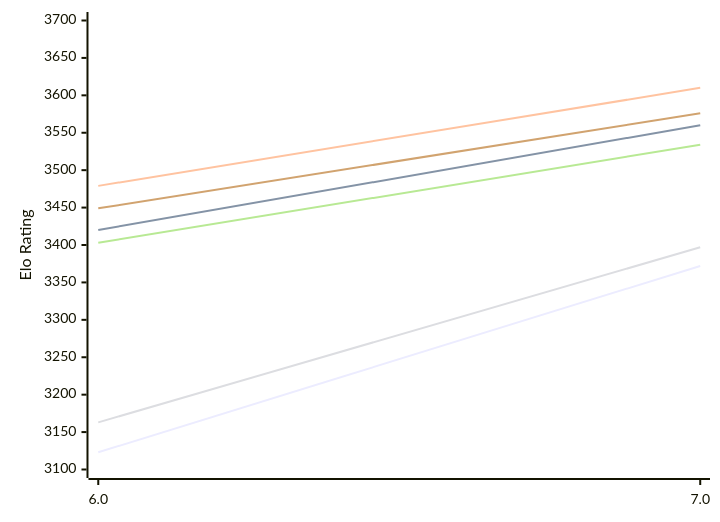
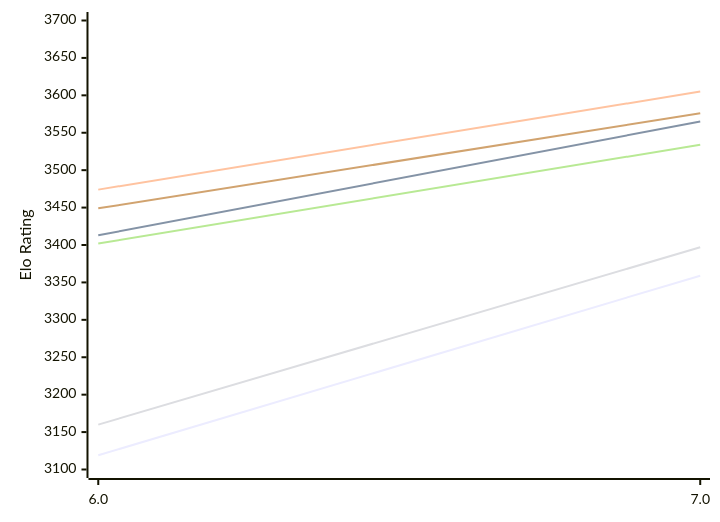
One commit to computer-chess-index/cci changed the first of 2 diagrams in engines/Devre.md. Above: the diagram before and after it, drawn with Mermaid. The commit also changed other lines of this file, not shown here.

Commit message:
Update CCI Ratings (ELO VLTC) - 2026-11-26

````diff
--- a/engines/Devre.md
+++ b/engines/Devre.md
@@ -50,12 +50,12 @@
 ```mermaid
 %%{init: {"theme":"base","themeVariables":{"seriesColors:['#a3a3a3','#222221','#faa371']}}}%%
 xychart-beta
   x-axis ["6.0", "7.0"]
   y-axis "Elo Rating" 3100 --> 3700
-  line "E1: STC (8.0+0.08s)" [3123, 3372]
-  line "E1: LTC (60.0+0.60s)" [3420, 3560]
-  line "E1: VLTC (2m24s+1.12s)" [3479, 3610]
-  line "P1: STC (8.0+0.08s)" [3163, 3397]
-  line "P1: LTC (60.0+0.60s)" [3403, 3534]
+  line "E1: STC (8.0+0.08s)" [3119, 3359]
+  line "E1: LTC (60.0+0.60s)" [3413, 3565]
+  line "E1: VLTC (2m24s+1.12s)" [3474, 3605]
+  line "P1: STC (8.0+0.08s)" [3160, 3397]
+  line "P1: LTC (60.0+0.60s)" [3402, 3534]
   line "P1: VLTC (2m24s+1.12s)" [3449, 3576]
 ```
````
